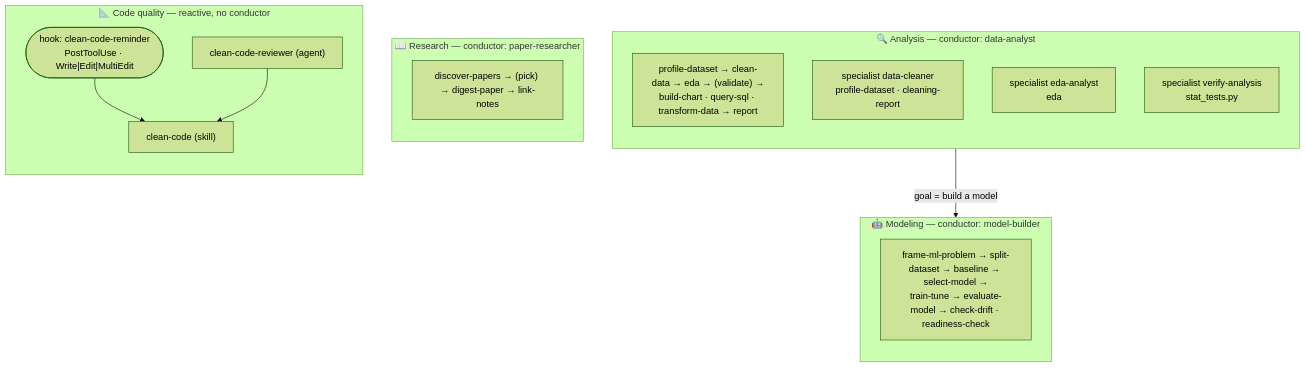
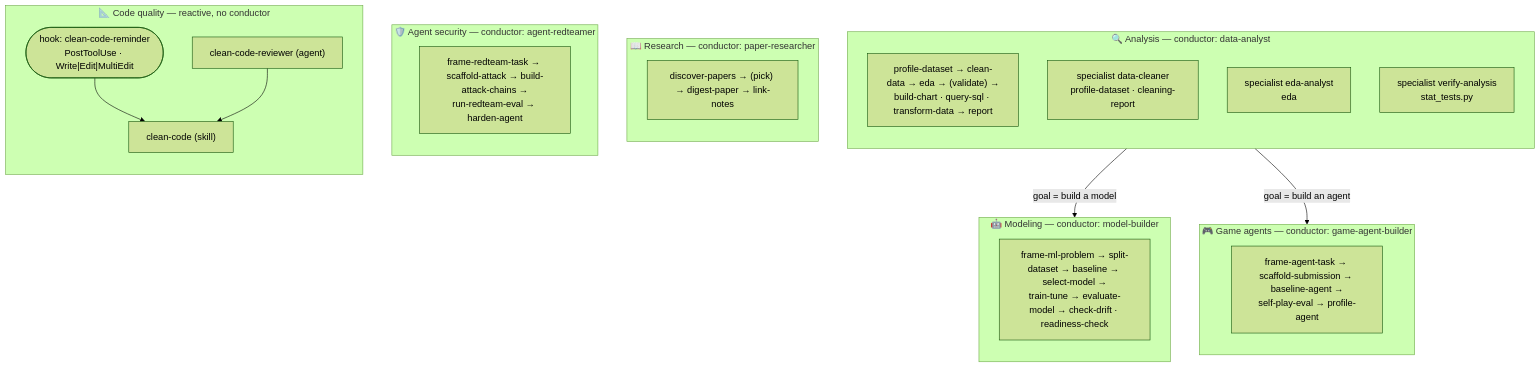
One commit to Alice-creator/claude-all-in-one-plugin changed the diagram in README.md. Above: the diagram before and after it, drawn with Mermaid (forest theme). The commit also changed other lines of this file and 30 other files, not shown here.

````diff
--- a/README.md
+++ b/README.md
@@ -9,24 +9,33 @@
 ```mermaid
 flowchart TB
     subgraph AN["🔍 Analysis — conductor: data-analyst"]
         direction TB
         ANF["profile-dataset → clean-data → eda → (validate) →<br/>build-chart · query-sql · transform-data → report"]
         DCL["specialist data-cleaner<br/>profile-dataset · cleaning-report"]
         EAN["specialist eda-analyst<br/>eda"]
         VAN["specialist verify-analysis<br/>stat_tests.py"]
     end
     subgraph ML["🤖 Modeling — conductor: model-builder"]
         direction TB
         MLF["frame-ml-problem → split-dataset → baseline → select-model →<br/>train-tune → evaluate-model → check-drift · readiness-check"]
     end
     subgraph RP["📖 Research — conductor: paper-researcher"]
         direction TB
         RPF["discover-papers → (pick) → digest-paper → link-notes"]
     end
+    subgraph GA["🎮 Game agents — conductor: game-agent-builder"]
+        direction TB
+        GAF["frame-agent-task → scaffold-submission → baseline-agent →<br/>self-play-eval → profile-agent"]
+    end
+    subgraph SEC["🛡️ Agent security — conductor: agent-redteamer"]
+        direction TB
+        SECF["frame-redteam-task → scaffold-attack → build-attack-chains →<br/>run-redteam-eval → harden-agent"]
+    end
     subgraph CQ["📐 Code quality — reactive, no conductor"]
         direction TB
         HK(["hook: clean-code-reminder<br/>PostToolUse · Write|Edit|MultiEdit"]) --> CCS["clean-code (skill)"]
         CCR["clean-code-reviewer (agent)"] --> CCS
     end
     AN -->|"goal = build a model"| ML
+    AN -->|"goal = build an agent"| GA
 ```
````
